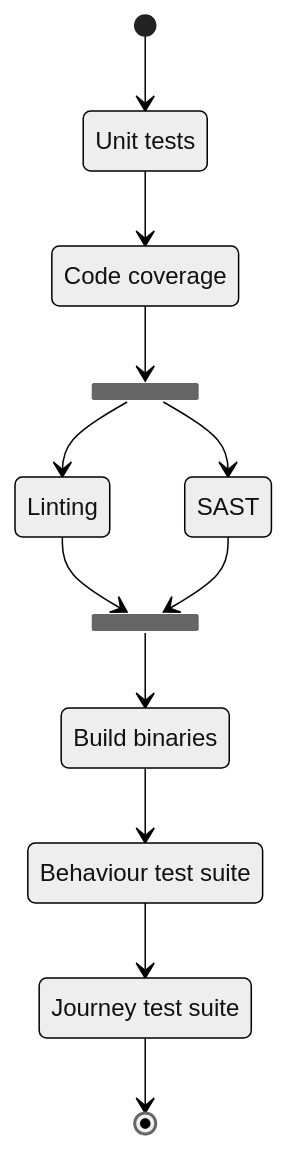
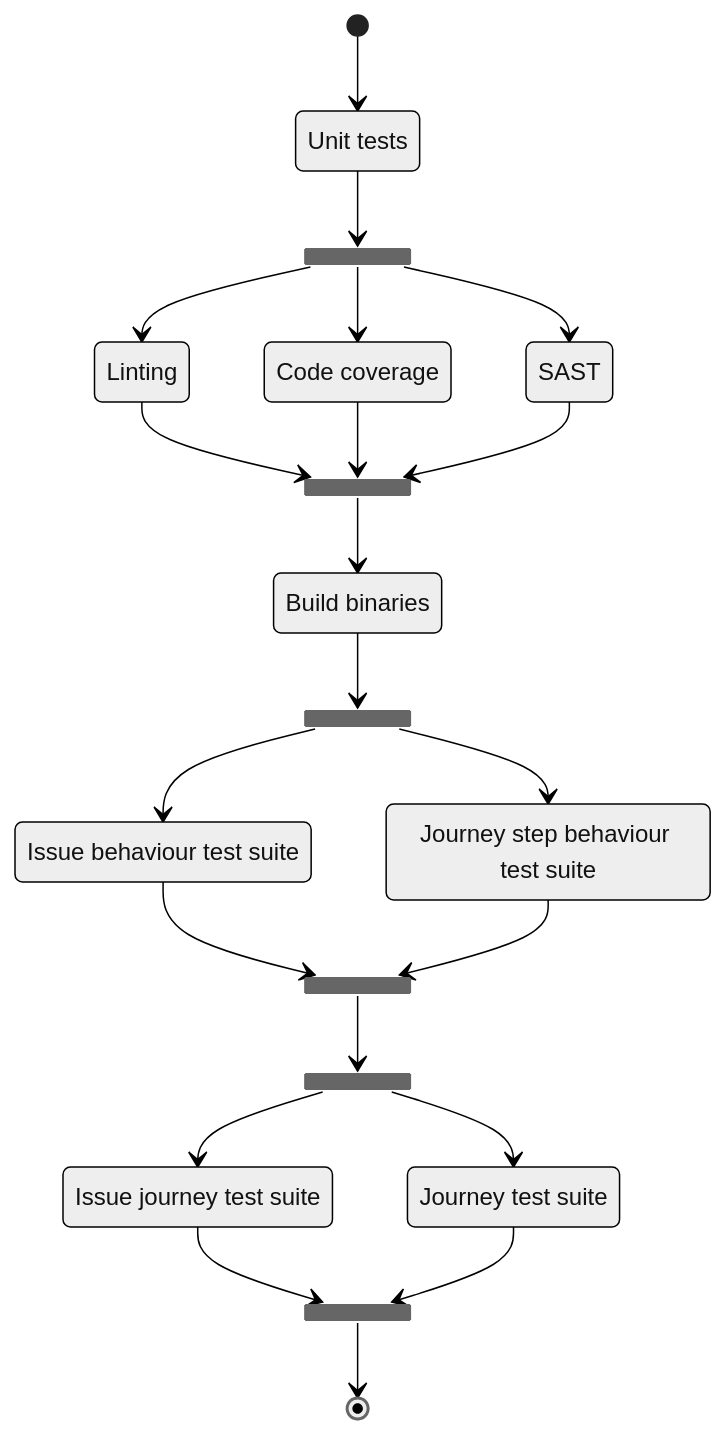
One commit to ContinuousEngineeringProject/ContinuousEngineeringProject.github.io changed the eighth of 8 diagrams in docs/factory_pipelines.md. Above: the diagram before and after it, drawn with Mermaid (neutral theme). The commit also changed other lines of this file, not shown here.

Commit message:
docs: update verification steps

````diff
--- a/docs/factory_pipelines.md
+++ b/docs/factory_pipelines.md
@@ -140,25 +140,40 @@
 ```mermaid
 stateDiagram-v2
   s0 : Unit tests
-  s1 : Code coverage
-  s2 : Linting
+  s1 : Linting
+  s2 : Code coverage
   s3 : SAST
   s4 : Build binaries
-  s5 : Behaviour test suite
-  s6 : Journey test suite
+  s5 : Issue behaviour test suite
+  s6 : Journey step behaviour test suite
+  s7 : Issue journey test suite
+  s8 : Journey test suite
   
   state f1 <<fork>>
   state j1 <<join>>
+  state f2 <<fork>>
+  state j2 <<join>>
+  state f3 <<fork>>
+  state j3 <<join>>
   
   [*] --> s0
-  s0 --> s1
-  s1 --> f1
+  s0 --> f1
+  f1 --> s1
   f1 --> s2
   f1 --> s3
+  s1 --> j1
   s2 --> j1
   s3 --> j1
   j1 --> s4
-  s4 --> s5
-  s5 --> s6
-  s6 --> [*]
+  s4 --> f2
+  f2 --> s5
+  f2 --> s6
+  s5 --> j2
+  s6 --> j2
+  j2 --> f3
+  f3 --> s7
+  f3 --> s8
+  s7 --> j3
+  s8 --> j3
+  j3 --> [*]
 ```
````
